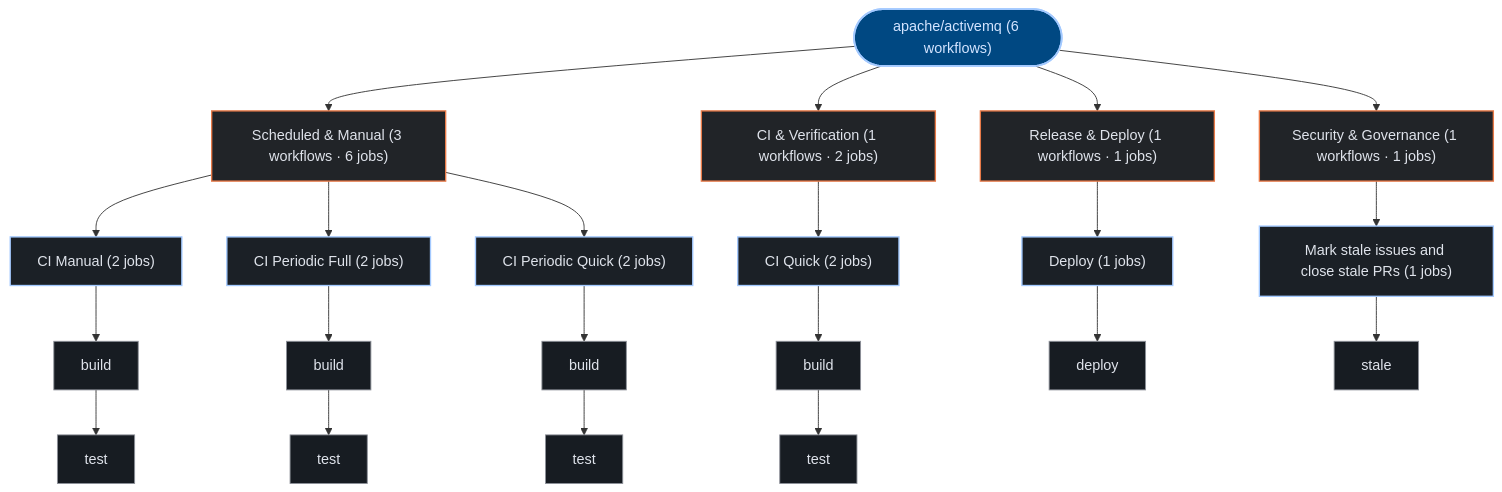
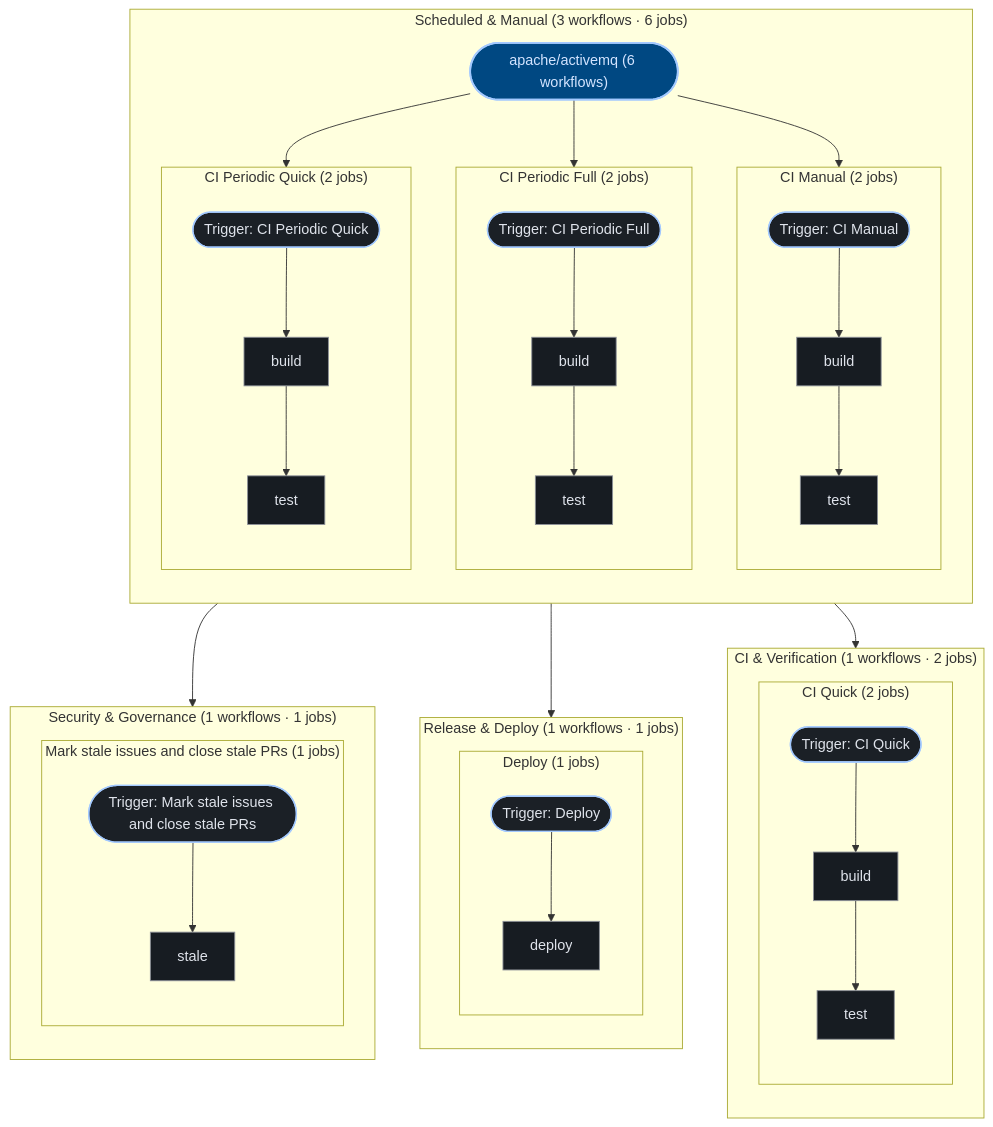
One commit to kumarshaz/atruss-code-atlas changed the third of 3 diagrams in exports/latest/reports/apache-activemq-report.md. Above: the diagram before and after it, drawn with Mermaid. The commit also changed 181 other files, not shown here.

````diff
--- a/exports/latest/reports/apache-activemq-report.md
+++ b/exports/latest/reports/apache-activemq-report.md
@@ -313,51 +313,73 @@
 ```mermaid
 graph TD;
   classDef atlasRoot fill:#004882,stroke:#a3c9ff,stroke-width:2px,color:#d3e4ff
   classDef atlasCategory fill:#212428,stroke:#E87A48,stroke-width:1.5px,color:#dfe3eb
   classDef atlasWorkflow fill:#1b2026,stroke:#a3c9ff,stroke-width:1.5px,color:#dfe3eb
   classDef atlasJob fill:#171c22,stroke:#8d9199,stroke-width:1px,color:#dfe3eb
   classDef atlasTarget fill:#005227,stroke:#8bd99b,stroke-width:1.5px,color:#a7f6b6
   classDef atlasAlert fill:#93000a,stroke:#ffb4ab,stroke-width:1.5px,color:#ffdad6
   classDef atlasMore fill:#252a31,stroke:#8d9199,stroke-dasharray:4 4,color:#c3c6cf
   pipeline_root(["apache/activemq (6 workflows)"]):::atlasRoot
-  grp_0_Scheduled___Manual["Scheduled & Manual (3 workflows · 6 jobs)"]:::atlasCategory
-  pipeline_root --> grp_0_Scheduled___Manual
-  wf_0_CI_Manual["CI Manual (2 jobs)"]:::atlasWorkflow
-  grp_0_Scheduled___Manual --> wf_0_CI_Manual
-  job_0_build["build"]:::atlasJob
-  job_0_test["test"]:::atlasJob
-  wf_0_CI_Manual --> job_0_build
-  job_0_build --> job_0_test
-  wf_1_CI_Periodic_Full["CI Periodic Full (2 jobs)"]:::atlasWorkflow
-  grp_0_Scheduled___Manual --> wf_1_CI_Periodic_Full
-  job_1_build["build"]:::atlasJob
-  job_1_test["test"]:::atlasJob
-  wf_1_CI_Periodic_Full --> job_1_build
-  job_1_build --> job_1_test
-  wf_2_CI_Periodic_Quick["CI Periodic Quick (2 jobs)"]:::atlasWorkflow
-  grp_0_Scheduled___Manual --> wf_2_CI_Periodic_Quick
-  job_2_build["build"]:::atlasJob
-  job_2_test["test"]:::atlasJob
-  wf_2_CI_Periodic_Quick --> job_2_build
-  job_2_build --> job_2_test
-  grp_1_CI___Verification["CI & Verification (1 workflows · 2 jobs)"]:::atlasCategory
-  pipeline_root --> grp_1_CI___Verification
-  wf_3_CI_Quick["CI Quick (2 jobs)"]:::atlasWorkflow
-  grp_1_CI___Verification --> wf_3_CI_Quick
-  job_3_build["build"]:::atlasJob
-  job_3_test["test"]:::atlasJob
-  wf_3_CI_Quick --> job_3_build
-  job_3_build --> job_3_test
-  grp_2_Release___Deploy["Release & Deploy (1 workflows · 1 jobs)"]:::atlasCategory
-  pipeline_root --> grp_2_Release___Deploy
-  wf_4_Deploy["Deploy (1 jobs)"]:::atlasWorkflow
-  grp_2_Release___Deploy --> wf_4_Deploy
-  job_4_deploy["deploy"]:::atlasJob
-  wf_4_Deploy --> job_4_deploy
-  grp_3_Security___Governance["Security & Governance (1 workflows · 1 jobs)"]:::atlasCategory
-  pipeline_root --> grp_3_Security___Governance
-  wf_5_Mark_stale_issues_and_close_stale_PRs["Mark stale issues and close stale PRs (1 jobs)"]:::atlasWorkflow
-  grp_3_Security___Governance --> wf_5_Mark_stale_issues_and_close_stale_PRs
-  job_5_stale["stale"]:::atlasJob
-  wf_5_Mark_stale_issues_and_close_stale_PRs --> job_5_stale
+  subgraph sg_grp_0_Scheduled___Manual["Scheduled & Manual (3 workflows · 6 jobs)"]
+    direction TB
+    subgraph sg_wf_0_CI_Manual["CI Manual (2 jobs)"]
+      direction TB
+      wf_0_CI_Manual(["Trigger: CI Manual"]):::atlasWorkflow
+      job_0_build["build"]:::atlasJob
+      job_0_test["test"]:::atlasJob
+      wf_0_CI_Manual --> job_0_build
+      job_0_build --> job_0_test
+    end
+    pipeline_root --> wf_0_CI_Manual
+    subgraph sg_wf_1_CI_Periodic_Full["CI Periodic Full (2 jobs)"]
+      direction TB
+      wf_1_CI_Periodic_Full(["Trigger: CI Periodic Full"]):::atlasWorkflow
+      job_1_build["build"]:::atlasJob
+      job_1_test["test"]:::atlasJob
+      wf_1_CI_Periodic_Full --> job_1_build
+      job_1_build --> job_1_test
+    end
+    pipeline_root --> wf_1_CI_Periodic_Full
+    subgraph sg_wf_2_CI_Periodic_Quick["CI Periodic Quick (2 jobs)"]
+      direction TB
+      wf_2_CI_Periodic_Quick(["Trigger: CI Periodic Quick"]):::atlasWorkflow
+      job_2_build["build"]:::atlasJob
+      job_2_test["test"]:::atlasJob
+      wf_2_CI_Periodic_Quick --> job_2_build
+      job_2_build --> job_2_test
+    end
+    pipeline_root --> wf_2_CI_Periodic_Quick
+  end
+  subgraph sg_grp_1_CI___Verification["CI & Verification (1 workflows · 2 jobs)"]
+    direction TB
+    subgraph sg_wf_3_CI_Quick["CI Quick (2 jobs)"]
+      direction TB
+      wf_3_CI_Quick(["Trigger: CI Quick"]):::atlasWorkflow
+      job_3_build["build"]:::atlasJob
+      job_3_test["test"]:::atlasJob
+      wf_3_CI_Quick --> job_3_build
+      job_3_build --> job_3_test
+    end
+    pipeline_root --> wf_3_CI_Quick
+  end
+  subgraph sg_grp_2_Release___Deploy["Release & Deploy (1 workflows · 1 jobs)"]
+    direction TB
+    subgraph sg_wf_4_Deploy["Deploy (1 jobs)"]
+      direction TB
+      wf_4_Deploy(["Trigger: Deploy"]):::atlasWorkflow
+      job_4_deploy["deploy"]:::atlasJob
+      wf_4_Deploy --> job_4_deploy
+    end
+    pipeline_root --> wf_4_Deploy
+  end
+  subgraph sg_grp_3_Security___Governance["Security & Governance (1 workflows · 1 jobs)"]
+    direction TB
+    subgraph sg_wf_5_Mark_stale_issues_and_close_stale_PRs["Mark stale issues and close stale PRs (1 jobs)"]
+      direction TB
+      wf_5_Mark_stale_issues_and_close_stale_PRs(["Trigger: Mark stale issues and close stale PRs"]):::atlasWorkflow
+      job_5_stale["stale"]:::atlasJob
+      wf_5_Mark_stale_issues_and_close_stale_PRs --> job_5_stale
+    end
+    pipeline_root --> wf_5_Mark_stale_issues_and_close_stale_PRs
+  end
 ```
````
